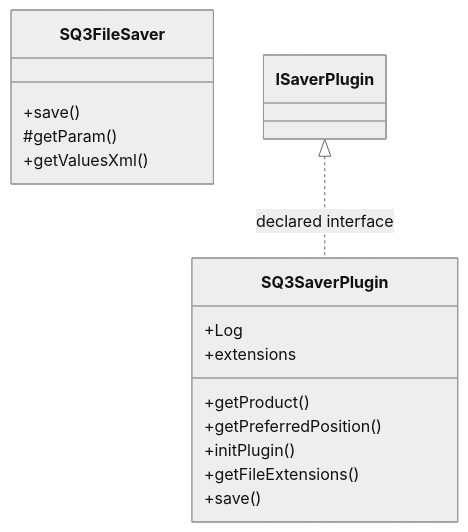
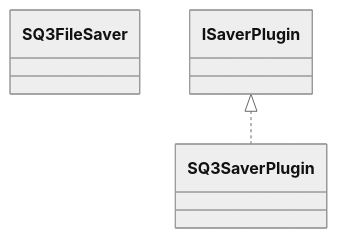
The diagram in docs/sqx/Shared/SaverSQ3.md (haruperi/HaruQuantAI), drawn with Mermaid (neutral theme) before and after one commit. The commit also changed other lines of this file and 1688 other files, not shown here.

````diff
--- a/docs/sqx/Shared/SaverSQ3.md
+++ b/docs/sqx/Shared/SaverSQ3.md
@@ -30,19 +26,7 @@
 ```mermaid
 classDiagram
-    class C400e4a73a17f["SQ3FileSaver"] {
-        +save()
-        #getParam()
-        +getValuesXml()
-    }
-    class Ce82ed06a3a95["SQ3SaverPlugin"] {
-        +Log
-        +extensions
-        +getProduct()
-        +getPreferredPosition()
-        +initPlugin()
-        +getFileExtensions()
-        +save()
-    }
-    class C28a2142c6554["ISaverPlugin"]
-    C28a2142c6554 <|.. Ce82ed06a3a95 : declared interface
+    class C0["SQ3FileSaver"]
+    class C1["SQ3SaverPlugin"]
+    class E0["ISaverPlugin"]
+    E0 <|.. C1
 ```
````
